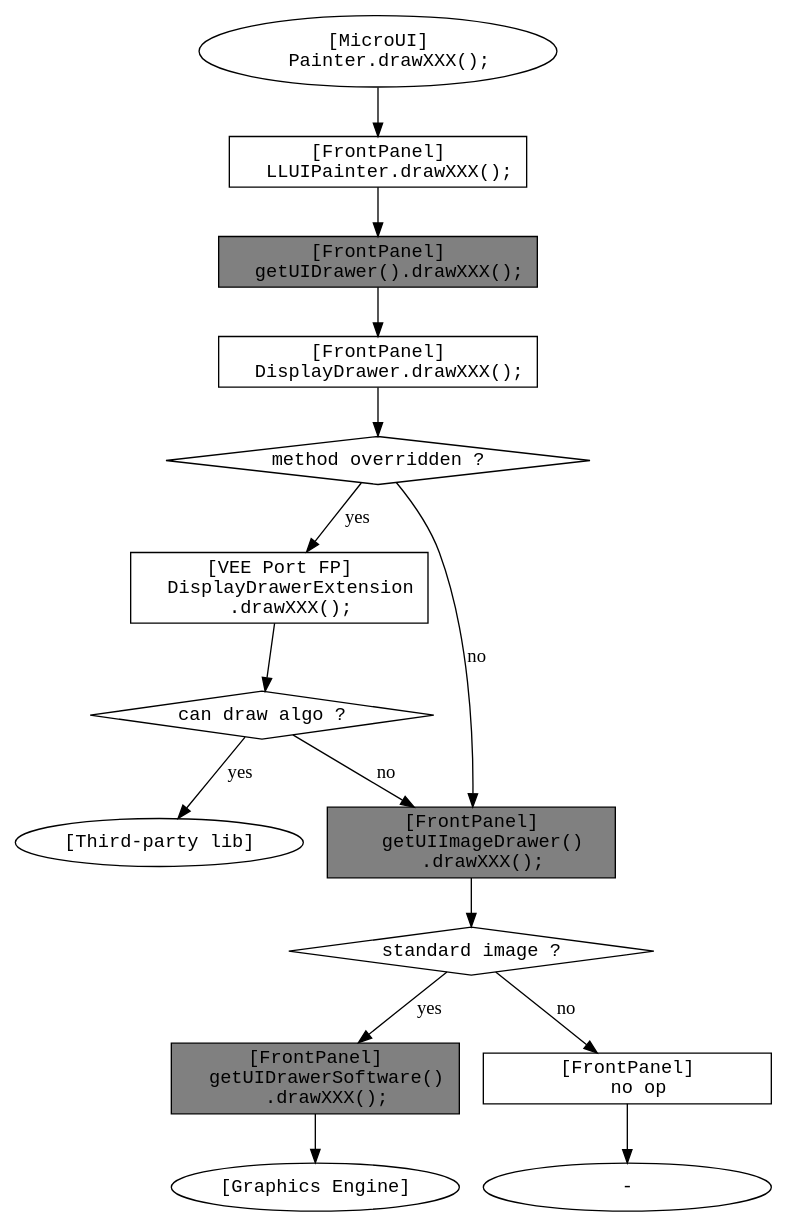
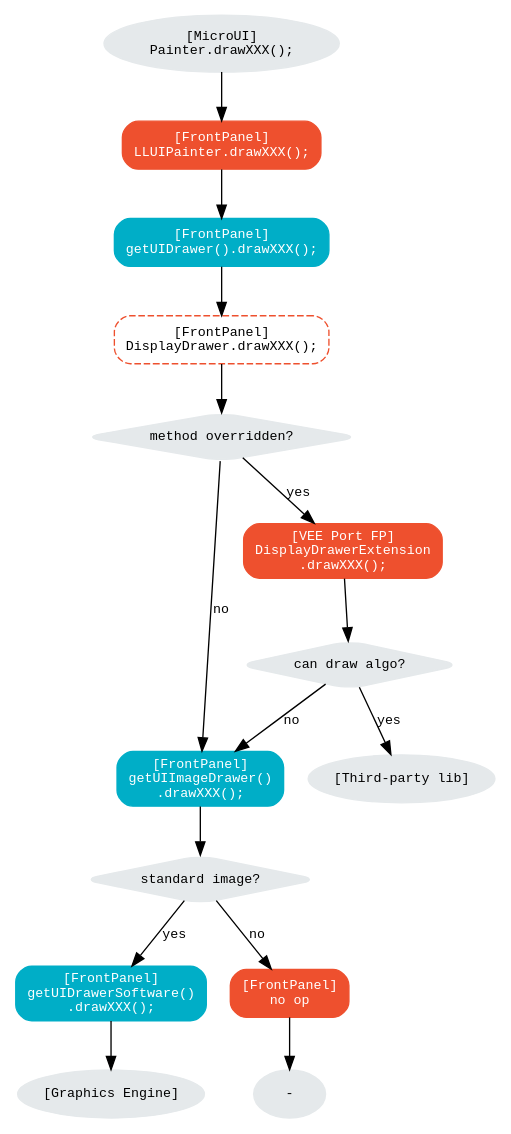
Before and after one commit to MicroEJ/docs: the third of 4 diagrams in VEEPortingGuide/uiImageCore.rst, drawn with Graphviz. The commit also changed other lines of this file and 2 other files, not shown here.

Commit message:
Update graphs look.

```diff
--- a/VEEPortingGuide/uiImageCore.rst
+++ b/VEEPortingGuide/uiImageCore.rst
@@ -431,56 +436,61 @@
 .. graphviz::
 
    digraph {
       ratio="auto"
       splines="true";
-      node [style=filled fillcolor=white shape=rectangle fontname=monospace fontcolor=black width=3];
-         
+      node [style="filled,rounded" fontname="courier new" fontsize="10"]
+
+      { //in/out
+         node [shape="ellipse" color="#e5e9eb" fontcolor="black"] mui UID_soft_c UID_gpu_hard stub
+      }
+      { // h
+         node [shape="box" color="#00aec7" fontcolor="white"] UID_h UID_soft_h UII_h
+      }
+      { // c
+         node [shape="box" color="#ee502e" fontcolor="white"] LLUI_c UID_gpu_c UID_stub_c
+      }
+      { // weak
+         node [shape="box" style="dashed,rounded" color="#ee502e"] UID_weak_c
+      }
+      { // choice
+         node [shape="diamond" color="#e5e9eb"] UID_cond UID_gpu_cond UII_cond
+      }
+
       // --- SIMPLE FLOW ELEMENTS -- //
 
-      mui [label="[MicroUI]
-      Painter.drawXXX();" shape=ellipse] 
-      LLUI_c [label="[FrontPanel]
-      LLUIPainter.drawXXX();"]
-      UID_h [label="[FrontPanel]
-      getUIDrawer().drawXXX();" fillcolor=gray]
-      UID_weak_c [label="[FrontPanel]
-      DisplayDrawer.drawXXX();"]
-      UID_soft_h [label="[FrontPanel]
-      getUIDrawerSoftware()
-      .drawXXX();" fillcolor=gray]
-      UID_soft_c [label="[Graphics Engine]" shape=ellipse]
+      mui [label="[MicroUI]\nPainter.drawXXX();"] 
+      LLUI_c [label="[FrontPanel]\nLLUIPainter.drawXXX();"]
+      UID_h [label="[FrontPanel]\ngetUIDrawer().drawXXX();"]
+      UID_weak_c [label="[FrontPanel]\nDisplayDrawer.drawXXX();"]
+      UID_soft_h [label="[FrontPanel]\ngetUIDrawerSoftware()\n.drawXXX();"]
+      UID_soft_c [label="[Graphics Engine]"]
 
       // --- GPU FLOW ELEMENTS -- //
 
-      UID_cond [label="method overridden ?" shape=diamond]
-      UID_gpu_c [label="[VEE Port FP]
-      DisplayDrawerExtension
-      .drawXXX();"]
-      UID_gpu_cond [label="can draw algo ?" shape=diamond]
-      UID_gpu_hard [label="[Third-party lib]" shape=ellipse]
+      UID_cond [label="method overridden?"]
+      UID_gpu_c [label="[VEE Port FP]\nDisplayDrawerExtension\n.drawXXX();"]
+      UID_gpu_cond [label="can draw algo?"]
+      UID_gpu_hard [label="[Third-party lib]"]
 
-      UID_stub_c [label="[FrontPanel]
-      no op"]
-      stub [label="-" shape=ellipse]
+      UID_stub_c [label="[FrontPanel]\nno op"]
+      stub [label="-"]
 
       // --- MULTIPLE IMAGES FLOW ELEMENTS -- //
 
-      UII_h [label="[FrontPanel]
-      getUIImageDrawer()
-      .drawXXX();" fillcolor=gray]
-      UII_cond [label="standard image ?" shape=diamond]
+      UII_h [label="[FrontPanel]\ngetUIImageDrawer()\n.drawXXX();"]
+      UII_cond [label="standard image?"]
 
       // --- FLOW -- //
 
       mui->LLUI_c->UID_h->UID_weak_c->UID_cond
-      UID_cond->UII_h [label="no"]
+      UID_cond->UII_h [label="no" fontname="courier new" fontsize="10"]
       UII_h->UII_cond
-      UID_cond->UID_gpu_c [label="yes"]
+      UID_cond->UID_gpu_c [label="yes" fontname="courier new" fontsize="10"]
       UID_gpu_c->UID_gpu_cond
-      UID_gpu_cond->UII_h [label="no"]
-      UID_gpu_cond->UID_gpu_hard [label="yes"]
-      UII_cond->UID_soft_h [label="yes"]
-      UII_cond->UID_stub_c [label="no"]
+      UID_gpu_cond->UII_h [label="no" fontname="courier new" fontsize="10"]
+      UID_gpu_cond->UID_gpu_hard [label="yes" fontname="courier new" fontsize="10"]
+      UII_cond->UID_soft_h [label="yes" fontname="courier new" fontsize="10"]
+      UII_cond->UID_stub_c [label="no" fontname="courier new" fontsize="10"]
       UID_soft_h->UID_soft_c
       UID_stub_c->stub
    }
```
